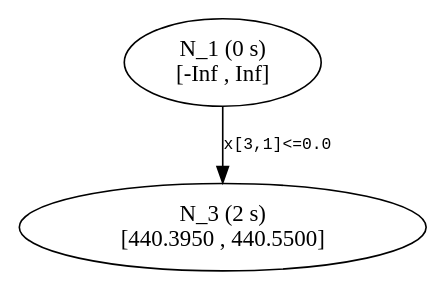
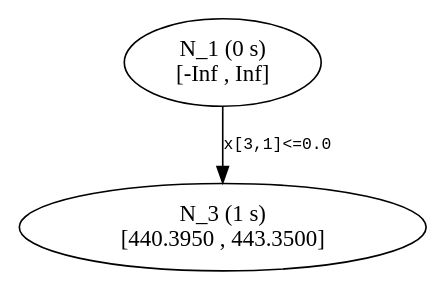
One commit to atoptima/Coluna.jl changed the diagram in previews/PR930/start/tree2.dot. Above: the diagram before and after it, drawn with Graphviz. The commit also changed 20 other files, not shown here.

```diff
--- a/previews/PR930/start/tree2.dot
+++ b/previews/PR930/start/tree2.dot
@@ -1,8 +1,8 @@
 ## dot -Tpdf thisfile > thisfile.pdf 
 
 digraph Branching_Tree {
 	edge[fontname = "Courier", fontsize = 10];
 	n1 [label= "N_1 (0 s) \n[-Inf , Inf]"];
-	n3 [label= "N_3 (2 s) \n[440.3950 , 440.5500]"];
+	n3 [label= "N_3 (1 s) \n[440.3950 , 443.3500]"];
 	n1 -> n3 [label= "x[3,1]<=0.0"];
 }
```
